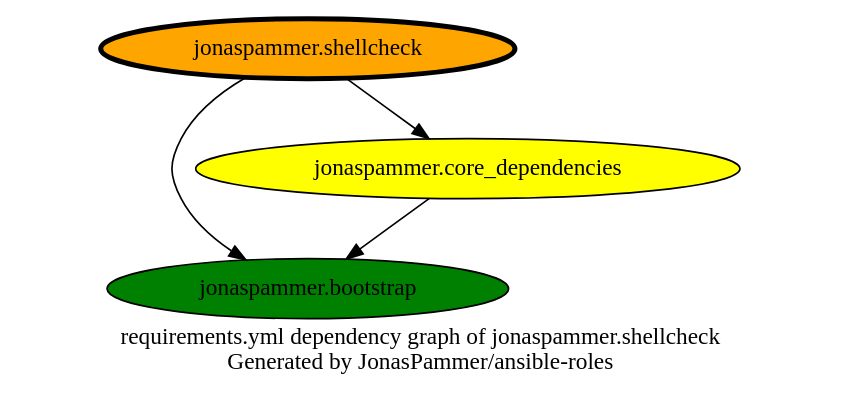
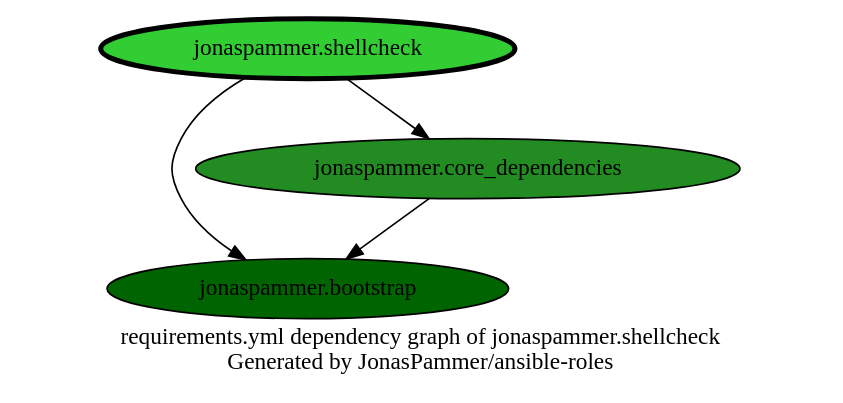
The diagram in graphs/dependencies_shellcheck.dot (JonasPammer/ansible-roles), drawn with Graphviz before and after one commit. The commit also changed 33 other files, not shown here.

```diff
--- a/graphs/dependencies_shellcheck.dot
+++ b/graphs/dependencies_shellcheck.dot
@@ -1,15 +1,15 @@
 // This file is generated from `templates/dependencies_single.adoc.jinja2` by Github CI, all local changes will be lost eventually.
 digraph hierarchy {
   label = "requirements.yml dependency graph of jonaspammer.shellcheck \n Generated by JonasPammer/ansible-roles" ;
   overlap=false
 
   {
-    "jonaspammer.shellcheck" [fillcolor=orange style=filled penwidth=3]
-    "jonaspammer.bootstrap" [fillcolor=green style=filled ]
-    "jonaspammer.core_dependencies" [fillcolor=yellow style=filled ]
+    "jonaspammer.shellcheck" [fillcolor=limegreen style=filled penwidth=3]
+    "jonaspammer.bootstrap" [fillcolor=darkgreen style=filled ]
+    "jonaspammer.core_dependencies" [fillcolor=forestgreen style=filled ]
   }
 
 
   "jonaspammer.shellcheck" -> {"jonaspammer.bootstrap" "jonaspammer.core_dependencies"}
   "jonaspammer.core_dependencies" -> {"jonaspammer.bootstrap"}
 }
```
